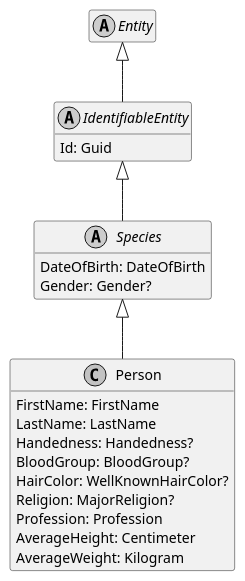
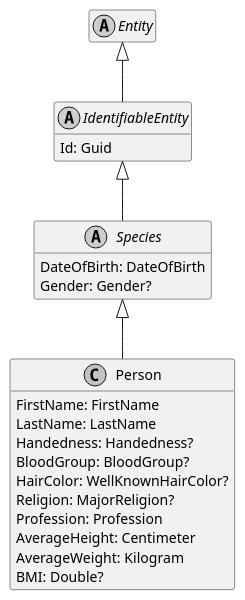
One commit to ObiWanLansi/DoofesZeug changed the diagram in Documentation/Generated/Entities/DoofesZeug.Entities.Specieses.Human/Person.puml. Above: the diagram before and after it, drawn with PlantUML. The commit also changed 38 other files, not shown here.

```diff
--- a/Documentation/Generated/Entities/DoofesZeug.Entities.Specieses.Human/Person.puml
+++ b/Documentation/Generated/Entities/DoofesZeug.Entities.Specieses.Human/Person.puml
@@ -1,35 +1,36 @@
 @startuml
 skinparam monochrome true
 hide empty members
 
 abstract class Entity {
 }
 
 Entity <|-- IdentifiableEntity
 
 abstract class IdentifiableEntity {
     Id: Guid
 }
 
 IdentifiableEntity <|-- Species
 
 abstract class Species {
     DateOfBirth: DateOfBirth
     Gender: Gender?
 }
 
 Species <|-- Person
 
 class Person {
     FirstName: FirstName
     LastName: LastName
     Handedness: Handedness?
     BloodGroup: BloodGroup?
     HairColor: WellKnownHairColor?
     Religion: MajorReligion?
     Profession: Profession
     AverageHeight: Centimeter
     AverageWeight: Kilogram
+    BMI: Double?
 }
 
 @enduml
```
